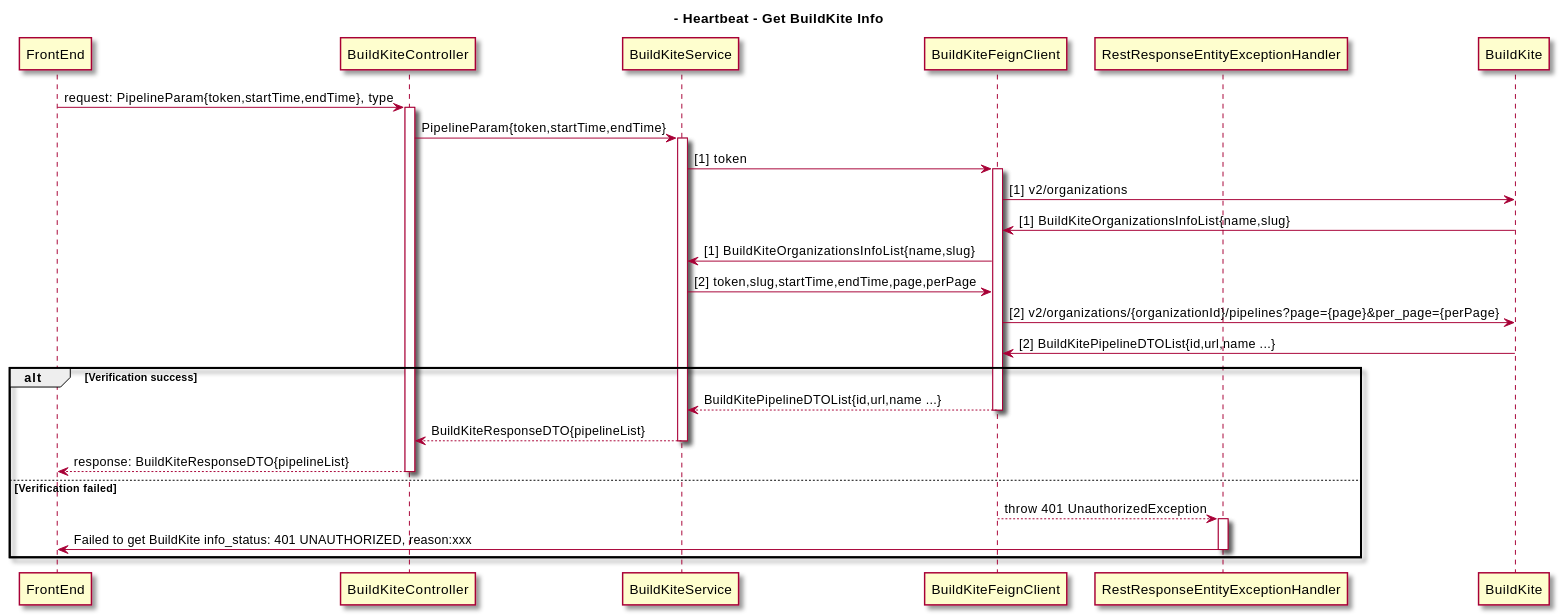
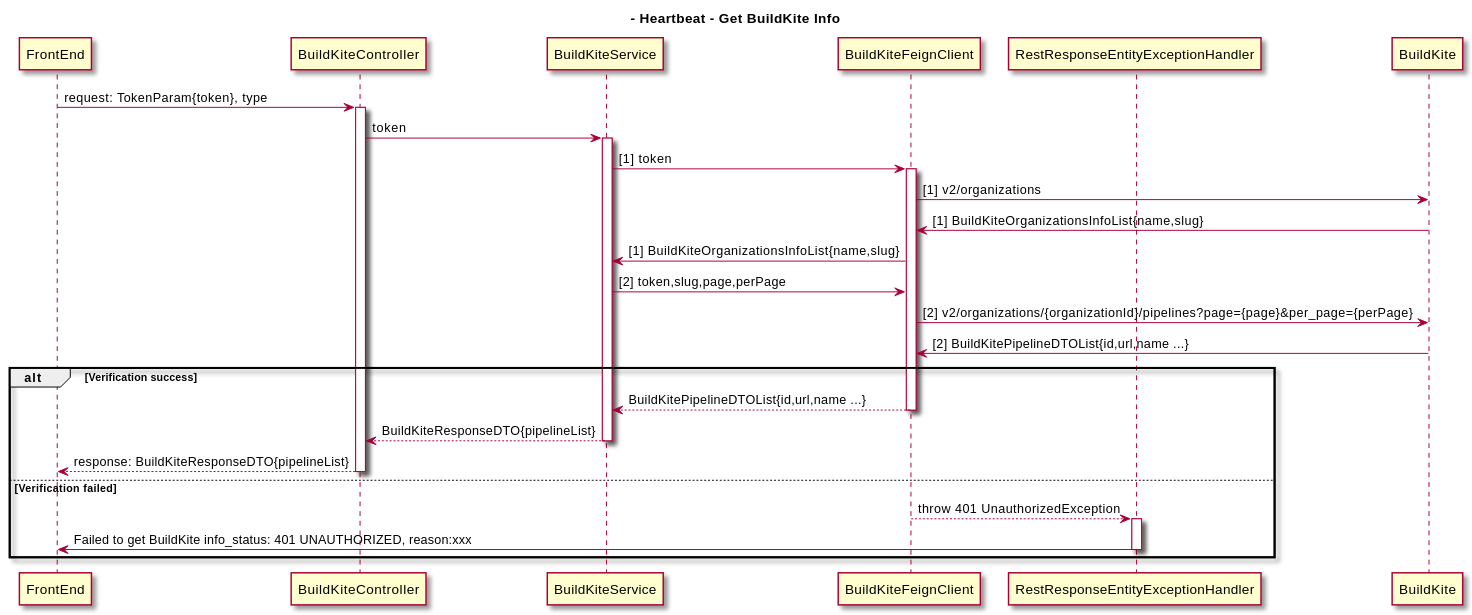
The third of 3 diagrams in docs/src/content/docs/en/spikes/tech-spikes-split-verify-of-buildkite.mdx (thoughtworks/HeartBeat), drawn with PlantUML before and after one commit. The commit also changed other lines of this file and 5 other files, not shown here.

First line of the commit message:
ADM-709[backend][docs]: delete startTime and EndTime for buildKite (#926)

````diff
--- a/docs/src/content/docs/en/spikes/tech-spikes-split-verify-of-buildkite.mdx
+++ b/docs/src/content/docs/en/spikes/tech-spikes-split-verify-of-buildkite.mdx
@@ -231,43 +221,43 @@
 ```plantuml
 @startuml
 skin rose
 title - Heartbeat - Get BuildKite Info
 
 participant FrontEnd
 participant BuildKiteController
 participant BuildKiteService
 participant BuildKiteFeignClient
 participant RestResponseEntityExceptionHandler
 participant BuildKite
 
 ' group Get BuildKite Info
-    FrontEnd -> BuildKiteController: request: PipelineParam{token,startTime,endTime}, type
+    FrontEnd -> BuildKiteController: request: TokenParam{token}, type
     activate BuildKiteController
-    BuildKiteController -> BuildKiteService: PipelineParam{token,startTime,endTime}
+    BuildKiteController -> BuildKiteService: token
     activate BuildKiteService
     BuildKiteService -> BuildKiteFeignClient: [1] token
     activate BuildKiteFeignClient
     BuildKiteFeignClient -> BuildKite: [1] v2/organizations
     BuildKite -> BuildKiteFeignClient: [1] BuildKiteOrganizationsInfoList{name,slug}
     BuildKiteFeignClient -> BuildKiteService: [1] BuildKiteOrganizationsInfoList{name,slug}
-    BuildKiteService -> BuildKiteFeignClient: [2] token,slug,startTime,endTime,page,perPage
+    BuildKiteService -> BuildKiteFeignClient: [2] token,slug,page,perPage
     BuildKiteFeignClient -> BuildKite: [2] v2/organizations/{organizationId}/pipelines?page={page}&per_page={perPage}
     BuildKite -> BuildKiteFeignClient: [2] BuildKitePipelineDTOList{id,url,name ...}
 alt Verification success
     BuildKiteFeignClient --> BuildKiteService: BuildKitePipelineDTOList{id,url,name ...}
     deactivate BuildKiteFeignClient
     BuildKiteService --> BuildKiteController: BuildKiteResponseDTO{pipelineList}
     deactivate BuildKiteService
     BuildKiteController --> FrontEnd: response: BuildKiteResponseDTO{pipelineList}
     deactivate BuildKiteController
 else Verification failed
     BuildKiteFeignClient --> RestResponseEntityExceptionHandler: throw 401 UnauthorizedException
     deactivate BuildKiteFeignClient
     activate RestResponseEntityExceptionHandler
     RestResponseEntityExceptionHandler -> FrontEnd: Failed to get BuildKite info_status: 401 UNAUTHORIZED, reason:xxx
     deactivate RestResponseEntityExceptionHandler
     ' deactivate BuildKiteService
     ' deactivate BuildKiteController
 end
 @enduml
 ```
````
